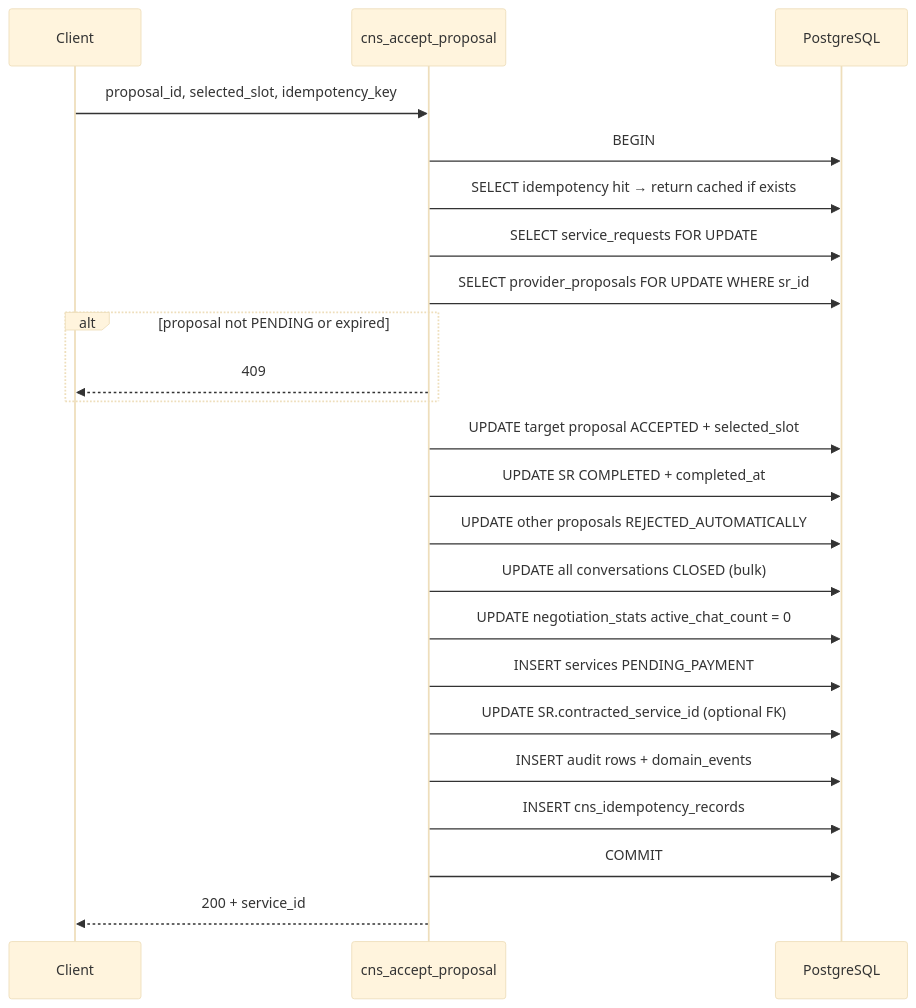
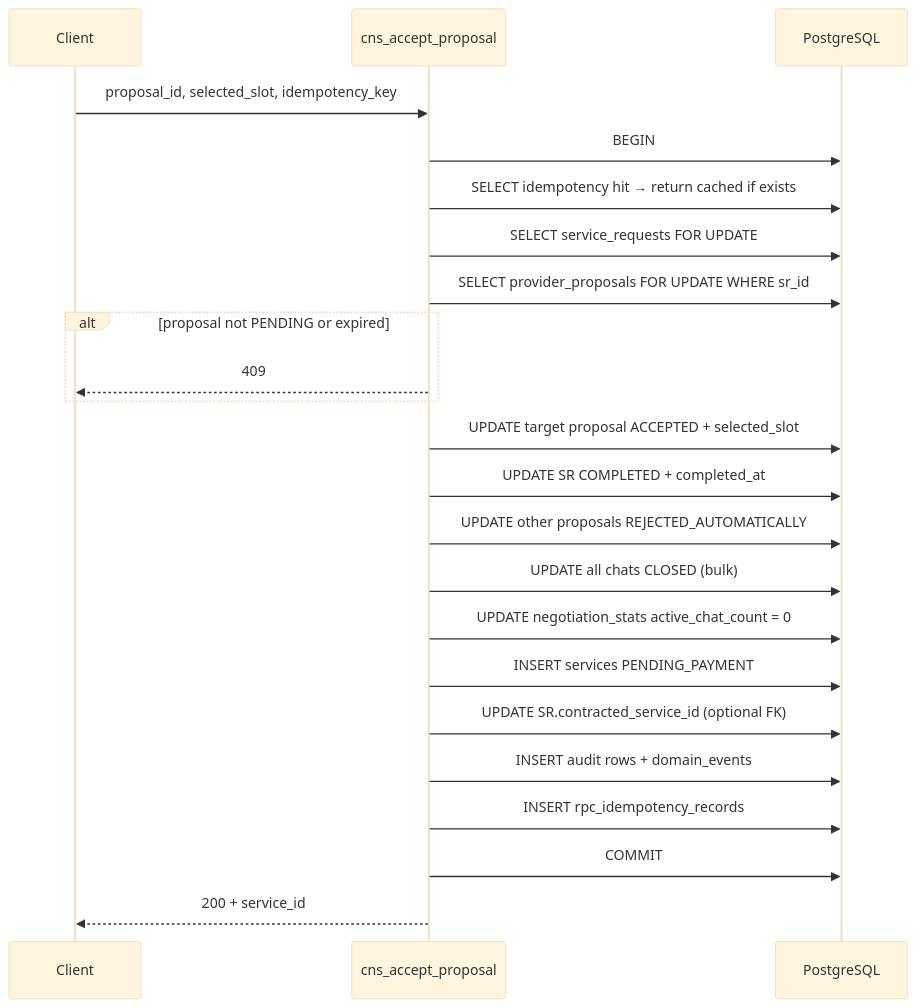
The sixth of 7 diagrams in docs/chats/design.md (higorpo/renovi-orbit-test), drawn with Mermaid (base theme) before and after one commit. The commit also changed other lines of this file and 18 other files, not shown here.

````diff
--- a/docs/chats/design.md
+++ b/docs/chats/design.md
@@ -758,26 +779,26 @@
 ```mermaid
 sequenceDiagram
   participant C as Client
   participant RPC as cns_accept_proposal
   participant DB as PostgreSQL
 
   C->>RPC: proposal_id, selected_slot, idempotency_key
   RPC->>DB: BEGIN
   RPC->>DB: SELECT idempotency hit → return cached if exists
   RPC->>DB: SELECT service_requests FOR UPDATE
   RPC->>DB: SELECT provider_proposals FOR UPDATE WHERE sr_id
   alt proposal not PENDING or expired
     RPC-->>C: 409
   end
   RPC->>DB: UPDATE target proposal ACCEPTED + selected_slot
   RPC->>DB: UPDATE SR COMPLETED + completed_at
   RPC->>DB: UPDATE other proposals REJECTED_AUTOMATICALLY
-  RPC->>DB: UPDATE all conversations CLOSED (bulk)
+  RPC->>DB: UPDATE all chats CLOSED (bulk)
   RPC->>DB: UPDATE negotiation_stats active_chat_count = 0
   RPC->>DB: INSERT services PENDING_PAYMENT
   RPC->>DB: UPDATE SR.contracted_service_id (optional FK)
   RPC->>DB: INSERT audit rows + domain_events
-  RPC->>DB: INSERT cns_idempotency_records
+  RPC->>DB: INSERT rpc_idempotency_records
   RPC->>DB: COMMIT
   RPC-->>C: 200 + service_id
 ```
````
